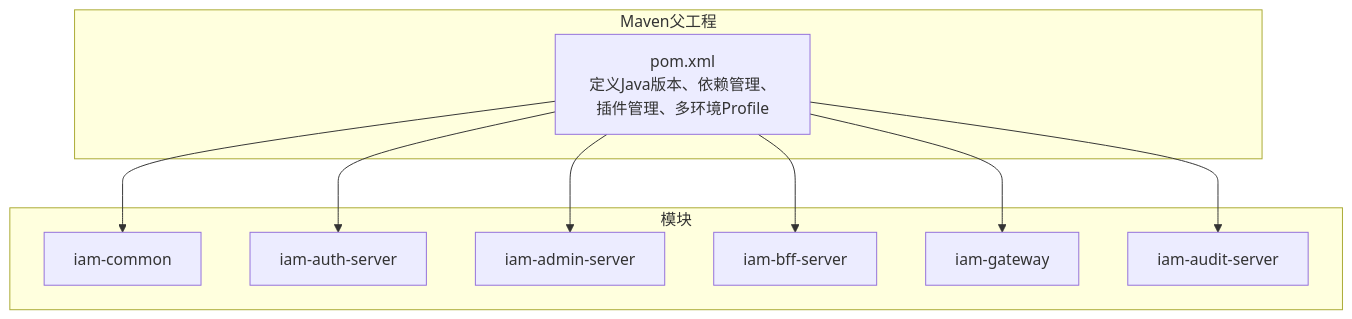
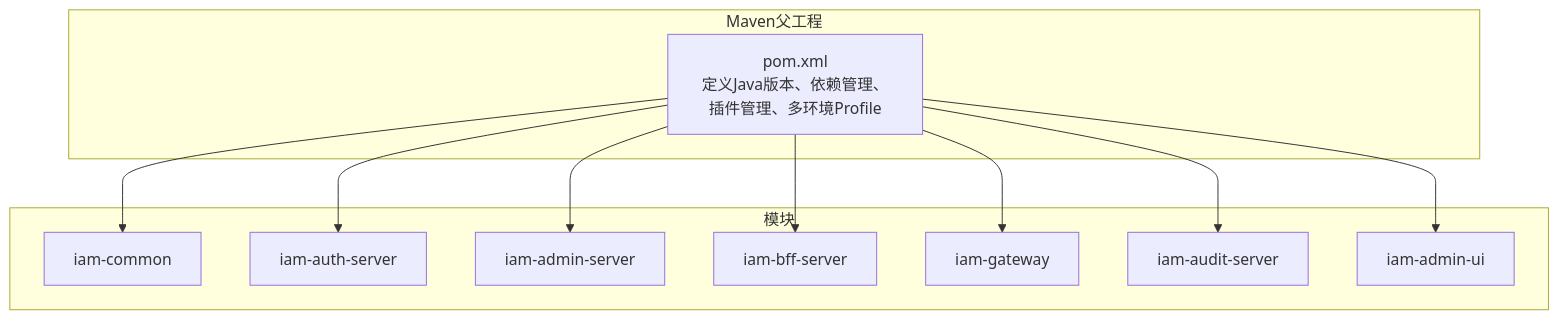
One commit to fq0121104930716/iam-platform changed the first of 4 diagrams in .qoder/repowiki/zh/content/开发指南/开发环境搭建/开发环境搭建.md. Above: the diagram before and after it, drawn with Mermaid. The commit also changed other lines of this file and 6 other files, not shown here.

````diff
--- a/.qoder/repowiki/zh/content/开发指南/开发环境搭建/开发环境搭建.md
+++ b/.qoder/repowiki/zh/content/开发指南/开发环境搭建/开发环境搭建.md
@@ -57,20 +71,22 @@
 ```mermaid
 graph TB
 subgraph "Maven父工程"
 P["pom.xml<br/>定义Java版本、依赖管理、插件管理、多环境Profile"]
 end
 subgraph "模块"
 C["iam-common"]
 A["iam-auth-server"]
 M["iam-admin-server"]
 F["iam-bff-server"]
 G["iam-gateway"]
 U["iam-audit-server"]
+UI["iam-admin-ui"]
 end
 P --> C
 P --> A
 P --> M
 P --> F
 P --> G
 P --> U
+P --> UI
 ```
````
